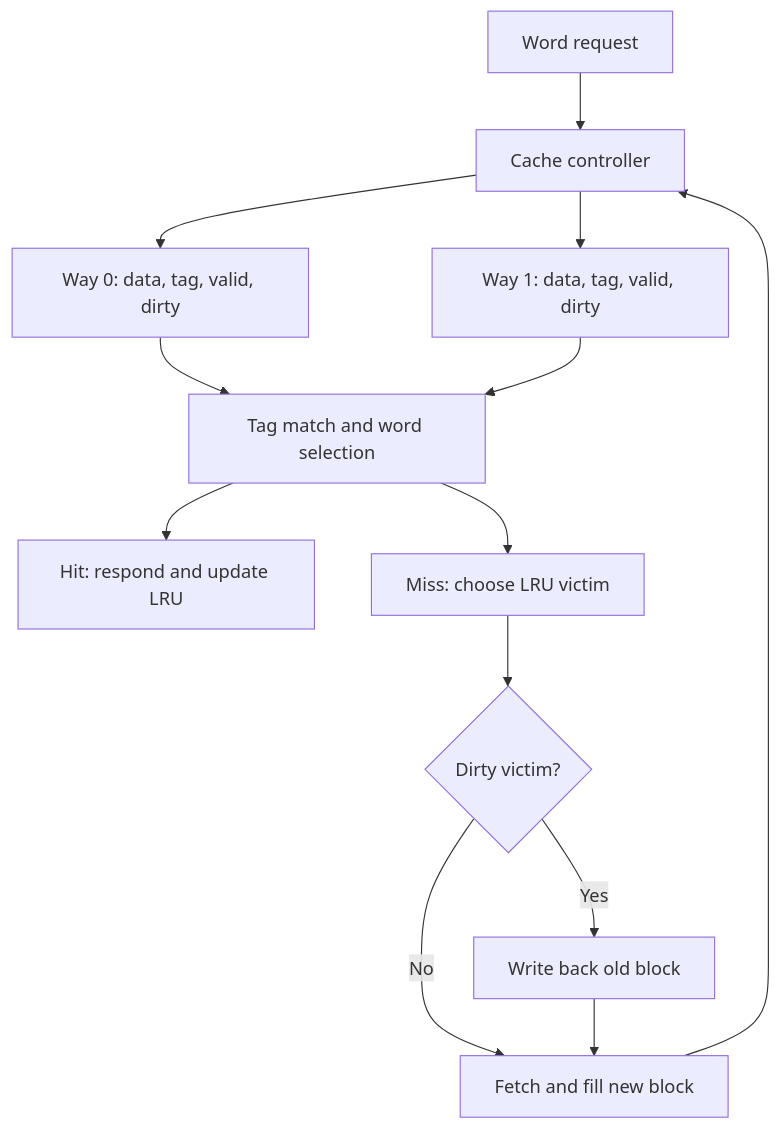
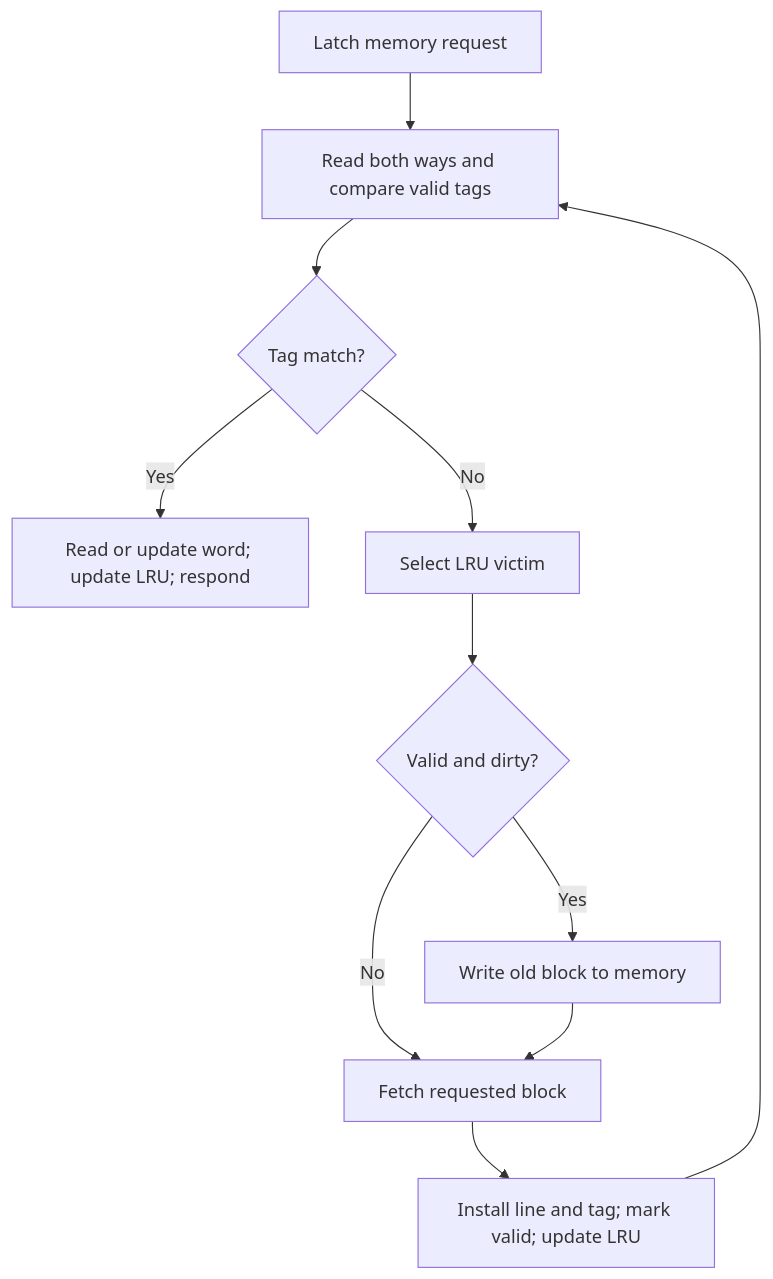
The diagram in README.md (1nonlyxSatwik/mca-project), drawn with Mermaid before and after one commit. The commit also changed other lines of this file and 18 other files, not shown here.

````diff
--- a/README.md
+++ b/README.md
@@ -47,15 +103,13 @@
 ```mermaid
 flowchart TD
-    R["Word request"] --> C["Cache controller"]
-    C --> W0["Way 0: data, tag, valid, dirty"]
-    C --> W1["Way 1: data, tag, valid, dirty"]
-    W0 --> T["Tag match and word selection"]
-    W1 --> T
-    T --> H["Hit: respond and update LRU"]
-    T --> V["Miss: choose LRU victim"]
-    V --> D{"Dirty victim?"}
-    D -->|Yes| B["Write back old block"]
-    D -->|No| F["Fetch and fill new block"]
-    B --> F
-    F --> C
+    Q["Latch memory request"] --> T["Read both ways and compare valid tags"]
+    T --> M{"Tag match?"}
+    M -->|Yes| H["Read or update word; update LRU; respond"]
+    M -->|No| V["Select LRU victim"]
+    V --> D{"Valid and dirty?"}
+    D -->|Yes| W["Write old block to memory"]
+    D -->|No| F["Fetch requested block"]
+    W --> F
+    F --> I["Install line and tag; mark valid; update LRU"]
+    I --> T
 ```
````
